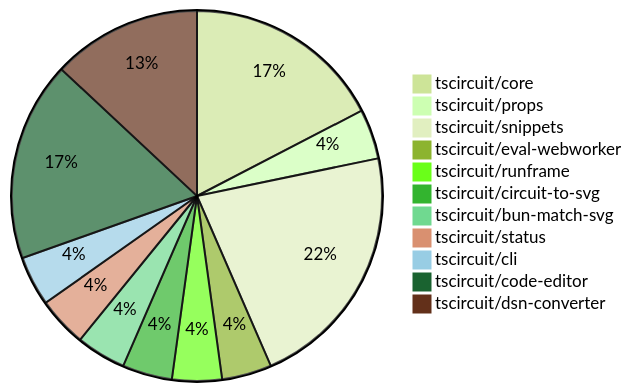
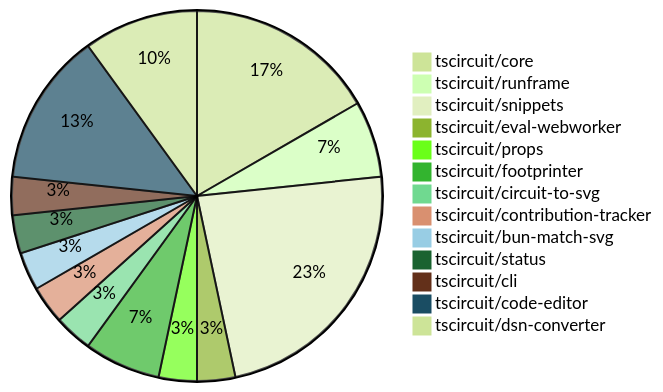
Before and after one commit to tscircuit/contribution-tracker: the diagram in README.md, drawn with Mermaid (forest theme). The commit also changed other lines of this file and 2 other files, not shown here.

Commit message:
Update contribution overviews

````diff
--- a/README.md
+++ b/README.md
@@ -24,14 +24,16 @@
 ```mermaid
 pie
-    "tscircuit/core" : 4
+    "tscircuit/core" : 5
+    "tscircuit/runframe" : 2
+    "tscircuit/snippets" : 7
+    "tscircuit/eval-webworker" : 1
     "tscircuit/props" : 1
-    "tscircuit/snippets" : 5
-    "tscircuit/eval-webworker" : 1
-    "tscircuit/runframe" : 1
+    "tscircuit/footprinter" : 2
     "tscircuit/circuit-to-svg" : 1
+    "tscircuit/contribution-tracker" : 1
     "tscircuit/bun-match-svg" : 1
     "tscircuit/status" : 1
     "tscircuit/cli" : 1
     "tscircuit/code-editor" : 4
     "tscircuit/dsn-converter" : 3
 ```
````
